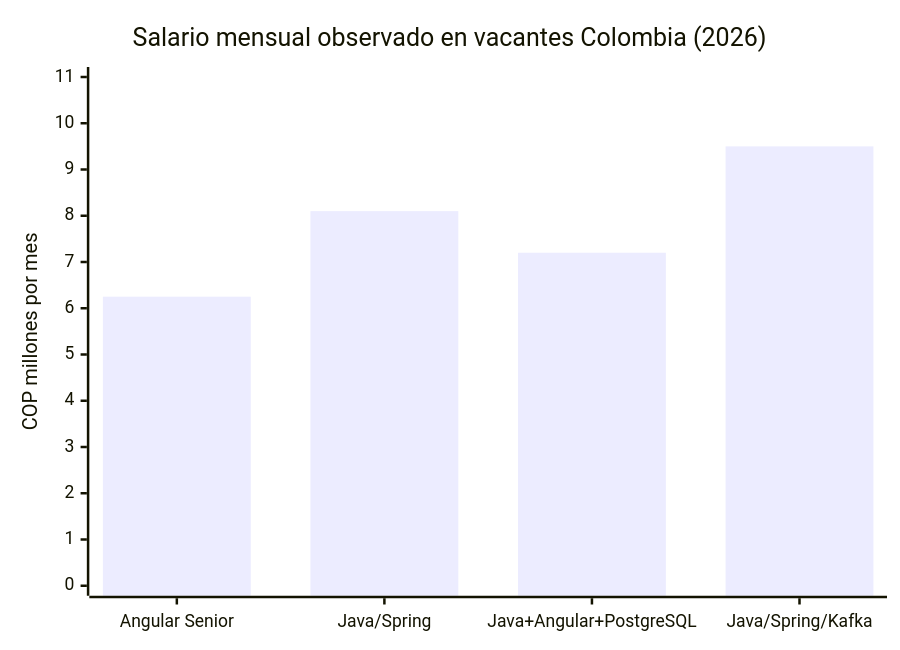
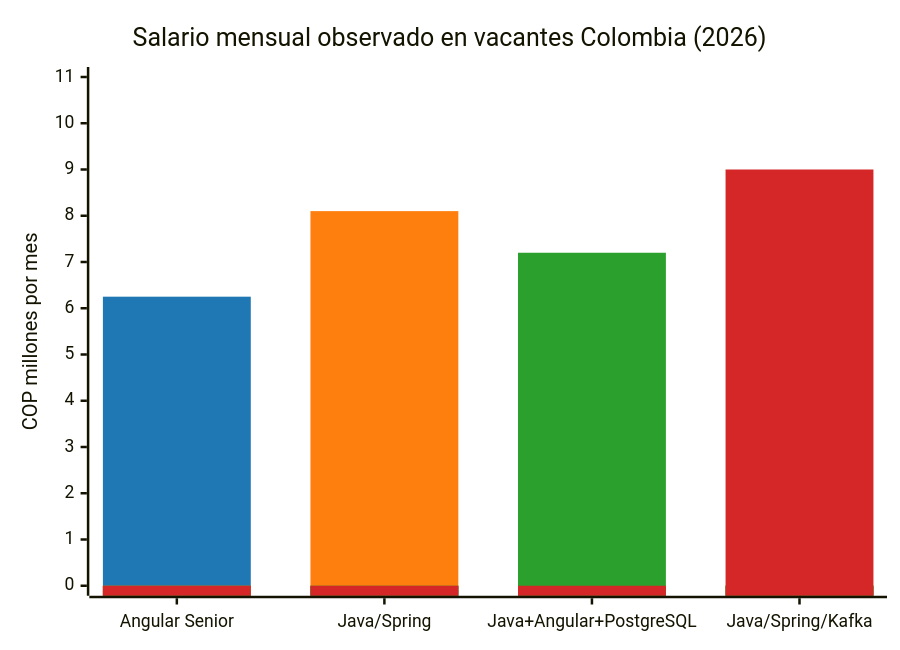
The diagram in docs/wiki/02-arquitectura/diagramas/fuentes/mercado-laboral.mmd (SarAlbN1/AS-foodflow-EDA), drawn with Mermaid before and after one commit. The commit also changed 4 other files, not shown here.

Commit message:
docs(diagramas): alinea las fuentes con el abanico del resultado del pago [HU-704]

```diff
--- a/docs/wiki/02-arquitectura/diagramas/fuentes/mercado-laboral.mmd
+++ b/docs/wiki/02-arquitectura/diagramas/fuentes/mercado-laboral.mmd
@@ -1,5 +1,21 @@
+---
+config:
+  themeVariables:
+    xyChart:
+      plotColorPalette: "#1f77b4, #ff7f0e, #2ca02c, #d62728"
+---
+%% Figura "Mercado laboral - salarios mensuales observados en Colombia (2026)" del informe.
+%% Una serie por barra para que cada tecnología tenga su color (paleta del PNG).
+%% Valores en COP millones por mes, con la fuente de main.tex:
+%%   Angular Senior           6.25 = punto medio de la banda 6.0-6.5 (job-angular-2)
+%%   Java/Spring              8.10 = salario publicado (job-java-81)
+%%   Java+Angular+PostgreSQL  7.20 = salario publicado (job-postgres-fullstack)
+%%   Java/Spring/Kafka        9.00 = tope publicado (job-kafka-9m); la matriz dice "hasta COP 9 M/mes"
 xychart-beta
     title "Salario mensual observado en vacantes Colombia (2026)"
     x-axis ["Angular Senior", "Java/Spring", "Java+Angular+PostgreSQL", "Java/Spring/Kafka"]
     y-axis "COP millones por mes" 0 --> 11
-    bar [6.25, 8.10, 7.20, 9.50]
+    bar [6.25, 0, 0, 0]
+    bar [0, 8.10, 0, 0]
+    bar [0, 0, 7.20, 0]
+    bar [0, 0, 0, 9.00]
```
